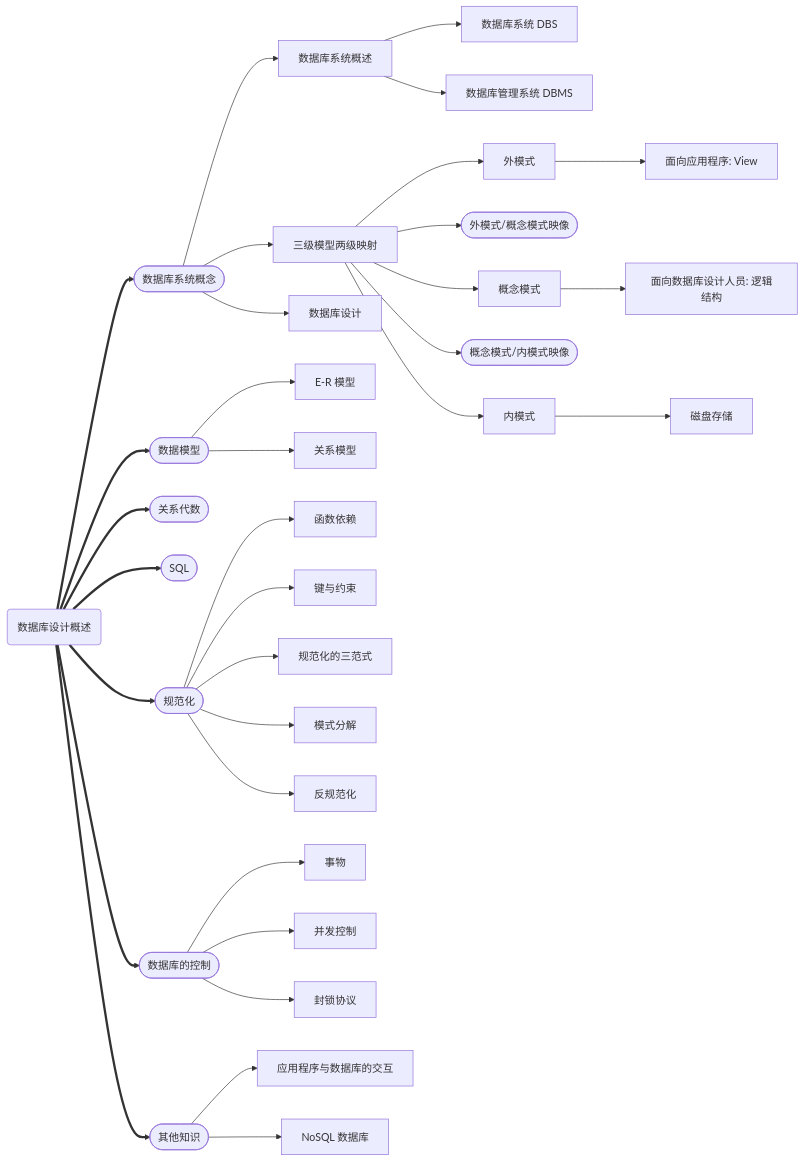
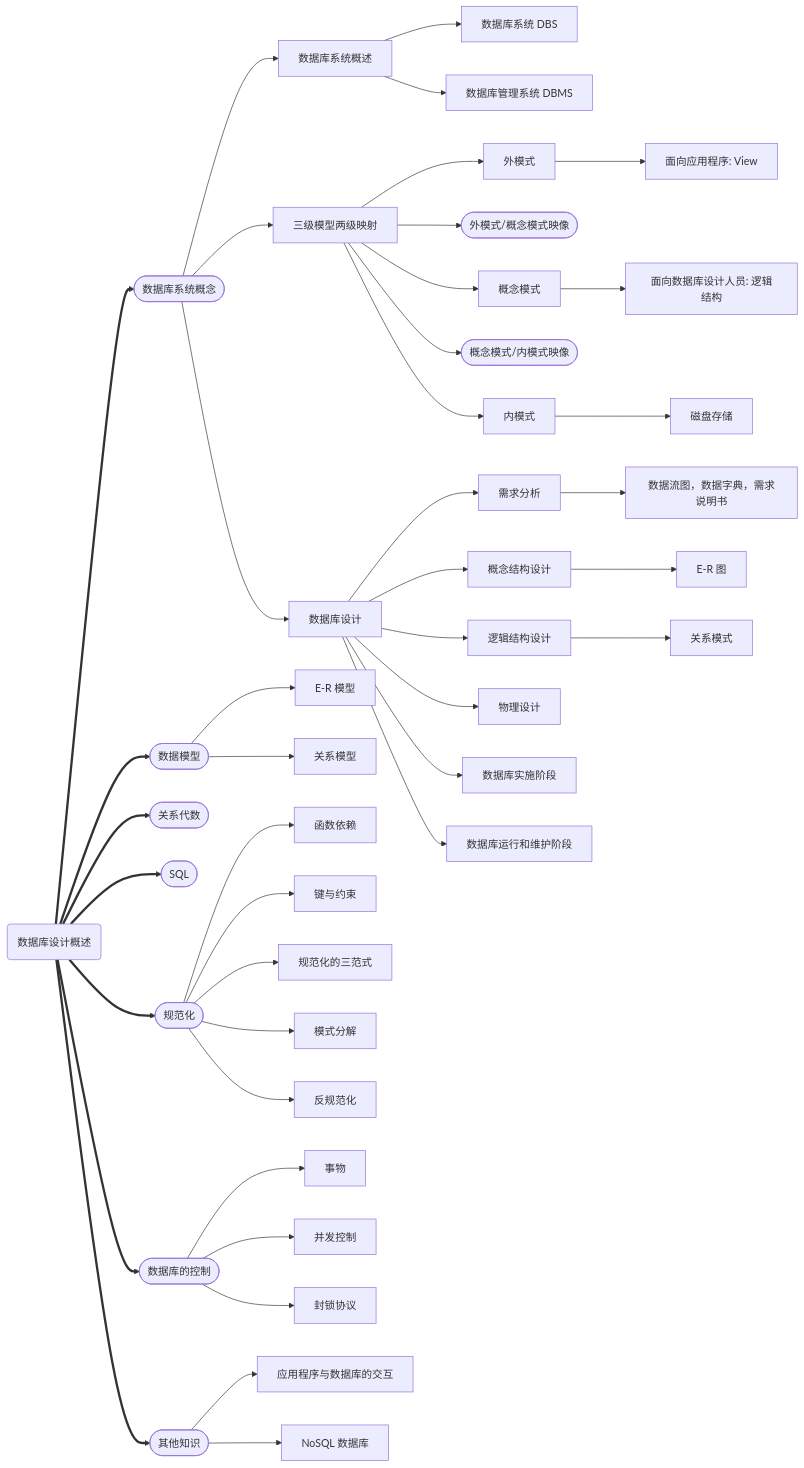
Before and after one commit to Rtoax/test-linux: the first of 4 diagrams in Documentation/ruankao/database.rst, drawn with Mermaid. The commit also changed 1 other file, not shown here.

Commit message:
Doc: ruankao: update database.rst
Vers: Ubuntu 25.10, Linux 6.17.0-19-generic, LaTeXmk 4.87, Sphinx 8.2.3, Python 3.13.7

```diff
--- a/Documentation/ruankao/database.rst
+++ b/Documentation/ruankao/database.rst
@@ -19,44 +19,51 @@
 .. mermaid::
    :caption: 数据库设计
 
     flowchart LR
         DB(数据库设计概述) ==> Concept([数据库系统概念])
         DB ==> Model([数据模型])
         DB ==> RelationalAlgebra([关系代数])
         DB ==> SQL([SQL])
         DB ==> Norm([规范化])
         DB ==> Control([数据库的控制])
         DB ==> Other([其他知识])
 
         Concept --> Concept1[数据库系统概述]
         Concept --> Concept2[三级模型两级映射]
-        Concept --> Concept3[数据库设计]
+        Concept --> Design[数据库设计]
 
         Concept1 --> DBS[数据库系统 DBS]
         Concept1 --> DBMS[数据库管理系统 DBMS]
 
         Concept2 --> ExternalLevel[外模式]
         Concept2 --> Image1([外模式/概念模式映像])
         Concept2 --> ConceptualLevel[概念模式]
         Concept2 --> Image2([概念模式/内模式映像])
         Concept2 --> InternalLevel[内模式]
 
         ExternalLevel --> ExternalLevel1[面向应用程序: View]
         ConceptualLevel --> ConceptualLevel1[面向数据库设计人员: 逻辑结构]
         InternalLevel --> InternalLevel1[磁盘存储]
+
+        Design --> Design1[需求分析] --> Design11[数据流图，数据字典，需求说明书]
+        Design --> Design2[概念结构设计] --> Design21[E-R 图]
+        Design --> Design3[逻辑结构设计] --> Design31[关系模式]
+        Design --> Design4[物理设计]
+        Design --> Design5[数据库实施阶段]
+        Design --> Design6[数据库运行和维护阶段]
 
         Model --> E-R[E-R 模型]
         Model --> Model2[关系模型]
 
         Norm --> Norm1[函数依赖]
         Norm --> Norm2[键与约束]
         Norm --> Norm3[规范化的三范式]
         Norm --> Norm4[模式分解]
         Norm --> Norm5[反规范化]
 
         Control --> Transaction[事物]
         Control --> Concurrency[并发控制]
         Control --> Blockade[封锁协议]
 
         Other --> App[应用程序与数据库的交互]
         Other --> NoSQL[NoSQL 数据库]
```
